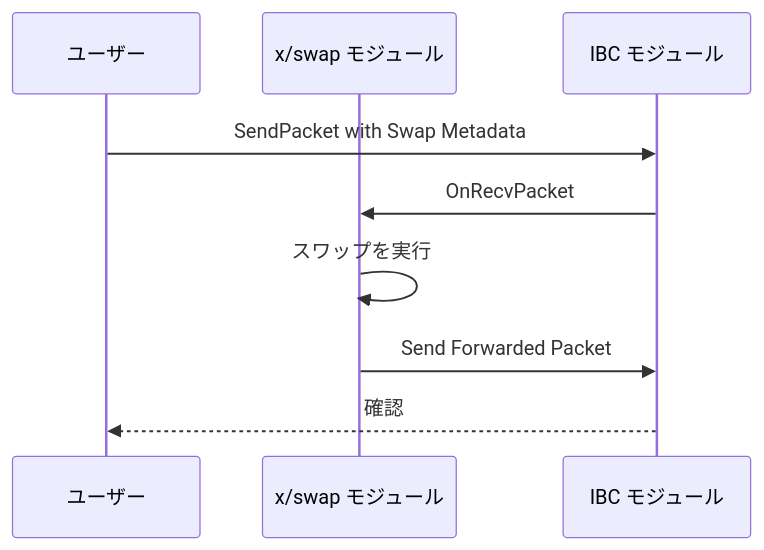
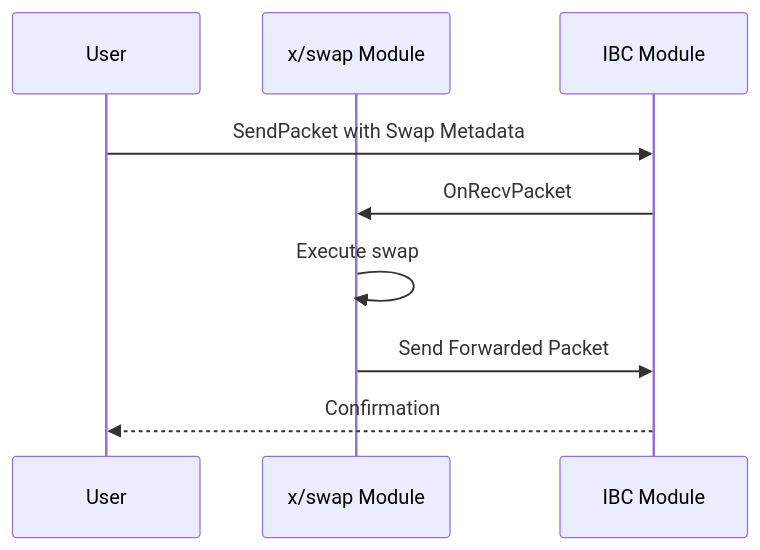
The second of 3 diagrams in ja/learn/sunrise/swap.md (sunriselayer/gitbook), drawn with Mermaid before and after one commit. The commit also changed other lines of this file and 19 other files, not shown here.

````diff
--- a/ja/learn/sunrise/swap.md
+++ b/ja/learn/sunrise/swap.md
@@ -69,12 +69,12 @@
 ```mermaid
 sequenceDiagram
-    participant User as ユーザー
-    participant SwapModule as x/swap モジュール
-    participant IBCModule as IBC モジュール
+    participant User as User
+    participant SwapModule as x/swap Module
+    participant IBCModule as IBC Module
 
     User->>IBCModule: SendPacket with Swap Metadata
     IBCModule->>SwapModule: OnRecvPacket
-    SwapModule->>SwapModule: スワップを実行
+    SwapModule->>SwapModule: Execute swap
     SwapModule->>IBCModule: Send Forwarded Packet
-    IBCModule-->>User: 確認
+    IBCModule-->>User: Confirmation
 ```
````
